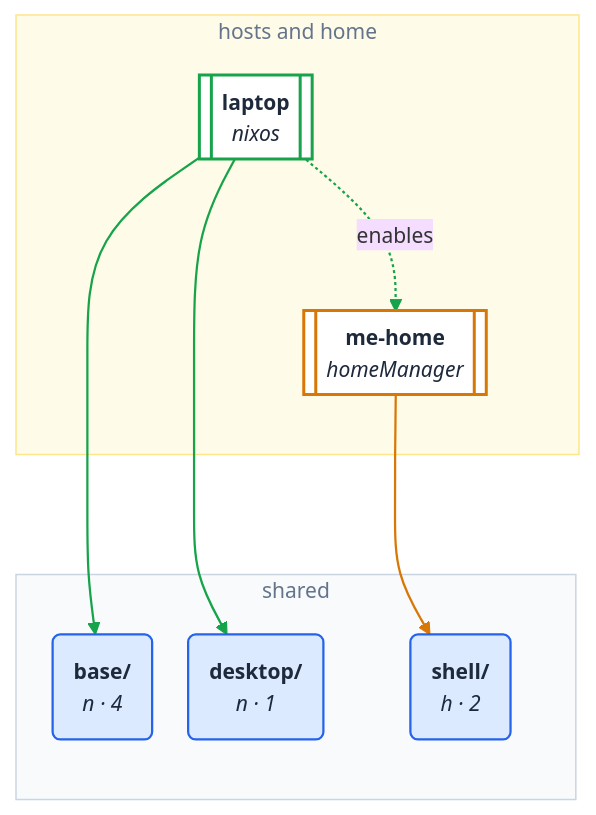
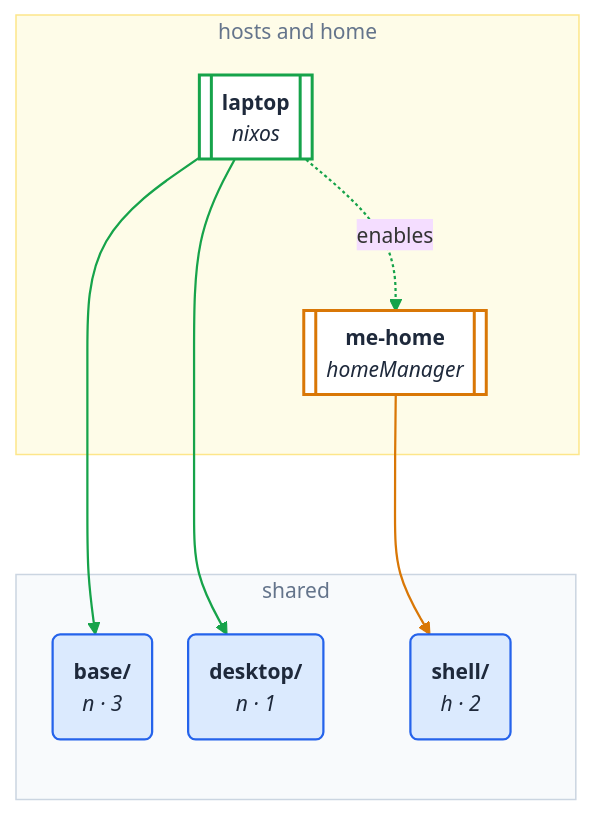
The diagram in README.md (NireBryce/flake-module-graph), drawn with Mermaid before and after one commit. The commit also changed 4 other files, not shown here.

````diff
--- a/README.md
+++ b/README.md
@@ -19,36 +19,36 @@
 ```mermaid
 %%{init: {"theme": "base", "themeVariables": {"fontFamily": "ui-sans-serif, system-ui, sans-serif", "fontSize": "14px", "lineColor": "#94a3b8"}, "flowchart": {"curve": "basis", "nodeSpacing": 24, "rankSpacing": 80, "padding": 14}}}%%
 flowchart TB
     subgraph g0["shared"]
-        n0("<b>base/</b><br/><i>n · 4</i>")
+        n0("<b>base/</b><br/><i>n · 3</i>")
         n1("<b>desktop/</b><br/><i>n · 1</i>")
         n2("<b>shell/</b><br/><i>h · 2</i>")
     end
     subgraph g1["hosts and home"]
         n6[["<b>laptop</b><br/><i>nixos</i>"]]
         n7[["<b>me-home</b><br/><i>homeManager</i>"]]
     end
     n6 --> n0
     n6 --> n1
     n7 --> n2
     n6 -. enables .-> n7
     n6 ~~~ n0
     n6 ~~~ n1
     n6 ~~~ n2
     linkStyle 0,1,3 stroke:#16a34a,stroke-width:1.5px
     linkStyle 2 stroke:#d97706,stroke-width:1.5px
     style g0 fill:#f8fafc,stroke:#cbd5e1,color:#64748b
     style g1 fill:#fefce8,stroke:#fde68a,color:#64748b
     style n6 stroke:#16a34a,stroke-width:2px
     style n7 stroke:#d97706,stroke-width:2px
     classDef area fill:#f8fafc,stroke:#cbd5e1,color:#1e293b,stroke-width:1.5px
     classDef category fill:#dbeafe,stroke:#2563eb,color:#1e293b,stroke-width:1.5px
     classDef folder fill:#f1f5f9,stroke:#94a3b8,color:#1e293b,stroke-width:1.5px
     classDef module fill:#ffffff,stroke:#94a3b8,color:#1e293b,stroke-width:1.5px
     classDef aggregate fill:#ffffff,stroke:#f59e0b,color:#1e293b,stroke-width:1.5px
     classDef missing fill:#fee2e2,stroke:#ef4444,color:#1e293b,stroke-width:1.5px
     classDef orphan fill:#fff1f2,stroke:#e11d48,color:#1e293b,stroke-width:2.5px
     classDef bymodule stroke-dasharray:5 3
     class n0,n1,n2 category
     class n6,n7 aggregate
 ```
````
